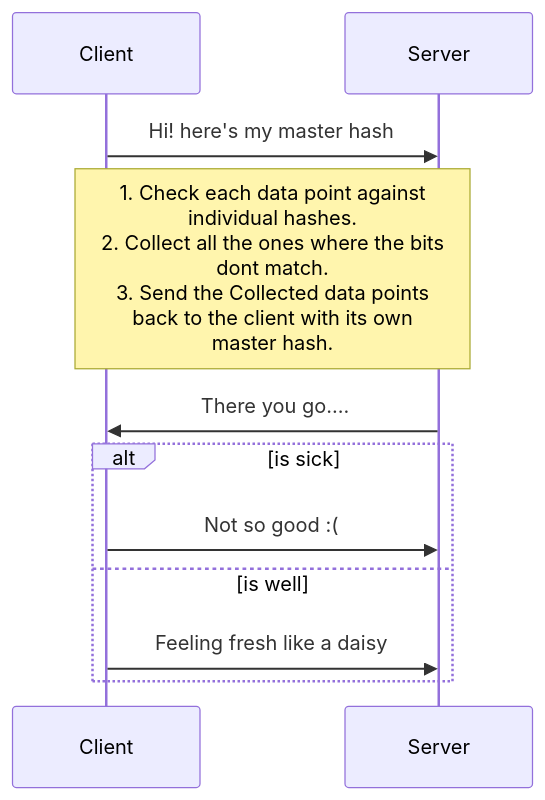
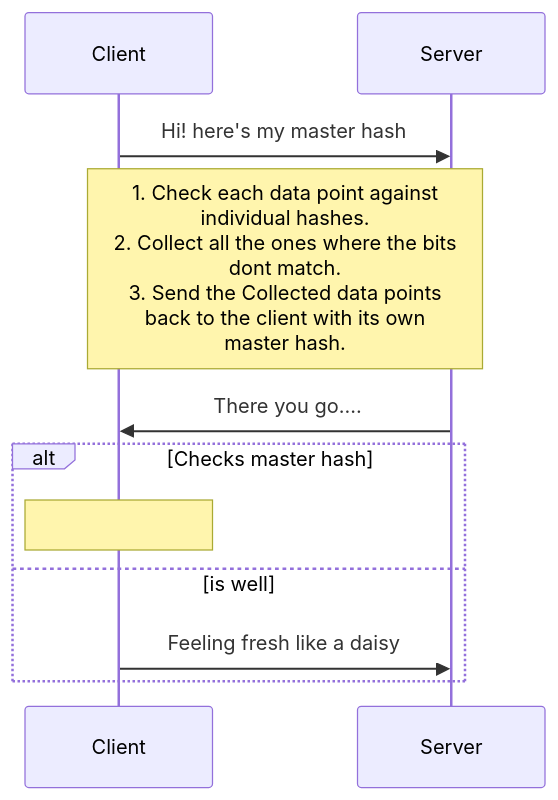
The first of 2 diagrams in drafts/2019-02-05-bloom-filter.md (trshant-sugoi/stackedit), drawn with Mermaid before and after one commit. The commit also changed other lines of this file, not shown here.

Commit message:
drafts/2019-02-05-bloom-filter.md updated from https://stackedit.io/

````diff
--- a/drafts/2019-02-05-bloom-filter.md
+++ b/drafts/2019-02-05-bloom-filter.md
@@ -10,14 +10,14 @@
 ```mermaid
 sequenceDiagram
 Client ->> Server: Hi! here's my master hash
 
 Note over Server,Client: 1. Check each data point against <br/>individual hashes.<br/>2. Collect all the ones where the bits<br/> dont match.<br/>3. Send the Collected data points <br/>back to the client with its own<br/> master hash.
 
 Server ->> Client: There you go....
 
-alt is sick
-        Client->>Server: Not so good :(
+alt Checks master hash
+        Note over Client: 
 else is well
         Client->>Server: Feeling fresh like a daisy
 end
 ```
````
